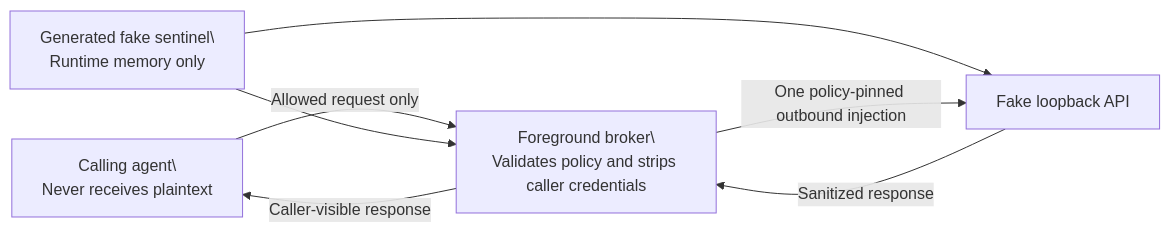
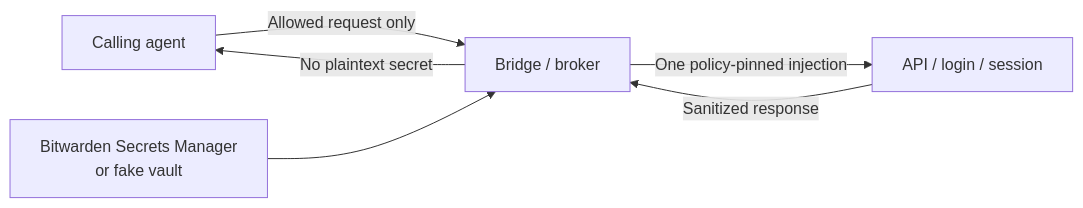
Before and after one commit to ShredFred/bitwarden-agent-credential-bridge: the diagram in README.md, drawn with Mermaid. The commit also changed other lines of this file and 25 other files, not shown here.

````diff
--- a/README.md
+++ b/README.md
@@ -29,9 +74,8 @@
 ```mermaid
 flowchart LR
-  A["Calling agent\\nNever receives plaintext"] -->|"Allowed request only"| B["Foreground broker\\nValidates policy and strips caller credentials"]
-  S["Generated fake sentinel\\nRuntime memory only"] --> B
-  S --> U["Fake loopback API"]
-  B -->|"One policy-pinned outbound injection"| U
-  U -->|"Sanitized response"| B
-  B -->|"Caller-visible response"| A
+  Agent["Calling agent"] -->|"Allowed request only"| Bridge["Bridge / broker"]
+  SM["Bitwarden Secrets Manager<br/>or fake vault"] --> Bridge
+  Bridge -->|"One policy-pinned injection"| Upstream["API / login / session"]
+  Upstream -->|"Sanitized response"| Bridge
+  Bridge -->|"No plaintext secret"| Agent
 ```
````
